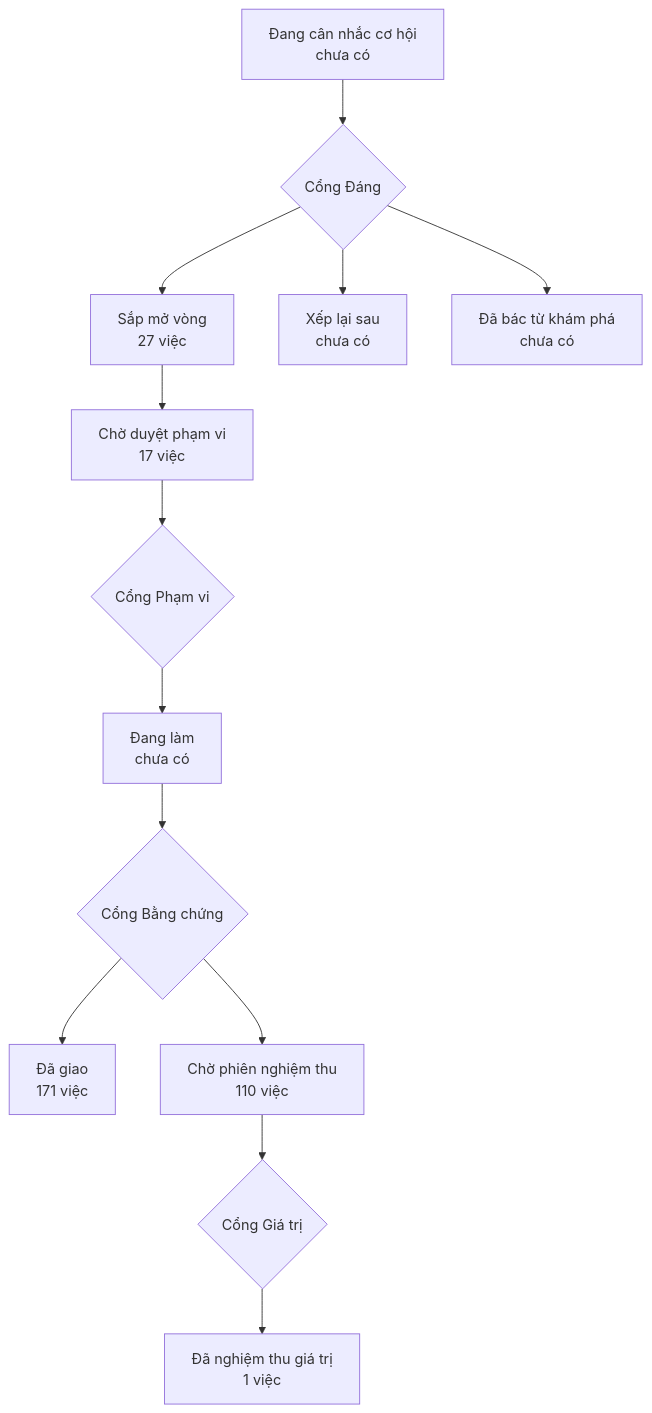
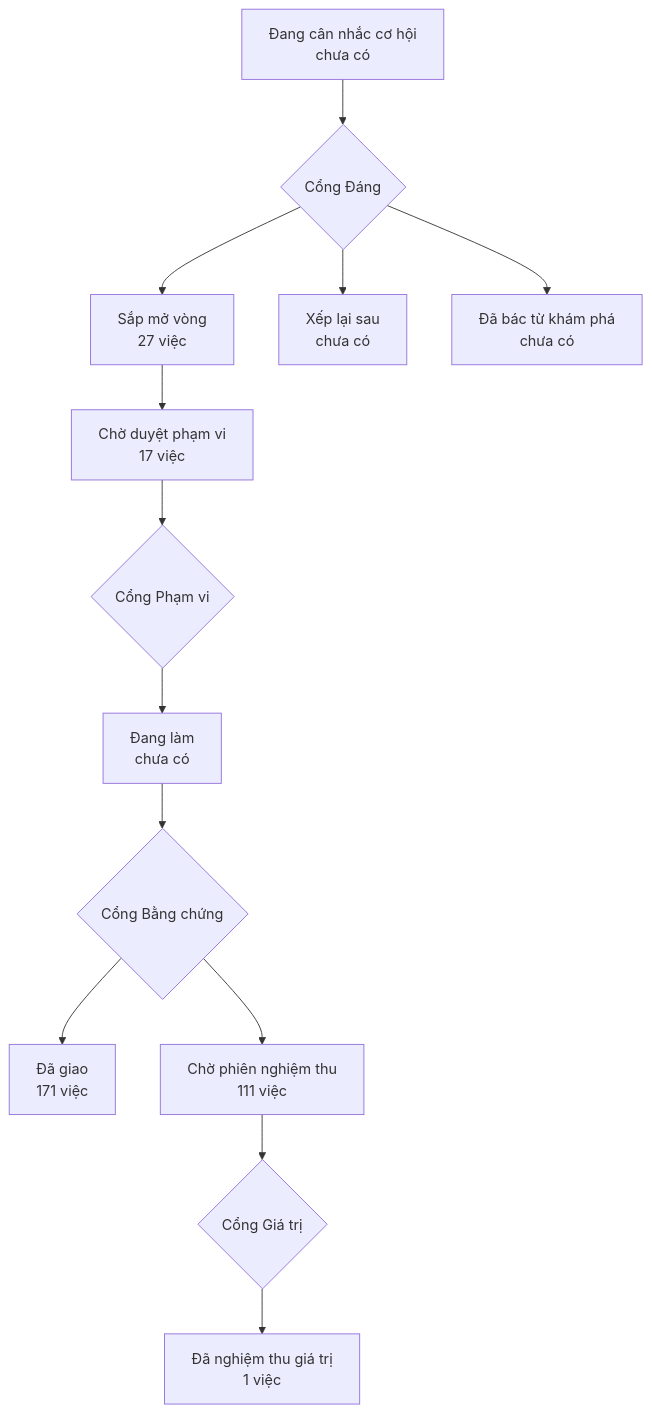
The diagram in PRODUCT-MAP.md (phanlemanh/onehub-invest), drawn with Mermaid before and after one commit. The commit also changed other lines of this file and 48 other files, not shown here.

````diff
--- a/PRODUCT-MAP.md
+++ b/PRODUCT-MAP.md
@@ -7,12 +7,12 @@
 ```mermaid
 flowchart TD
   A["Đang cân nhắc cơ hội<br/>chưa có"] --> GD{"Cổng Đáng"}
   GD --> B["Sắp mở vòng<br/>27 việc"]
   GD --> XL["Xếp lại sau<br/>chưa có"]
   GD --> DB["Đã bác từ khám phá<br/>chưa có"]
   B --> CD["Chờ duyệt phạm vi<br/>17 việc"] --> GP{"Cổng Phạm vi"}
   GP --> DL["Đang làm<br/>chưa có"] --> GB{"Cổng Bằng chứng"}
   GB --> DG["Đã giao<br/>171 việc"]
-  GB --> CN["Chờ phiên nghiệm thu<br/>110 việc"] --> GG{"Cổng Giá trị"}
+  GB --> CN["Chờ phiên nghiệm thu<br/>111 việc"] --> GG{"Cổng Giá trị"}
   GG --> NT["Đã nghiệm thu giá trị<br/>1 việc"]
 ```
````
